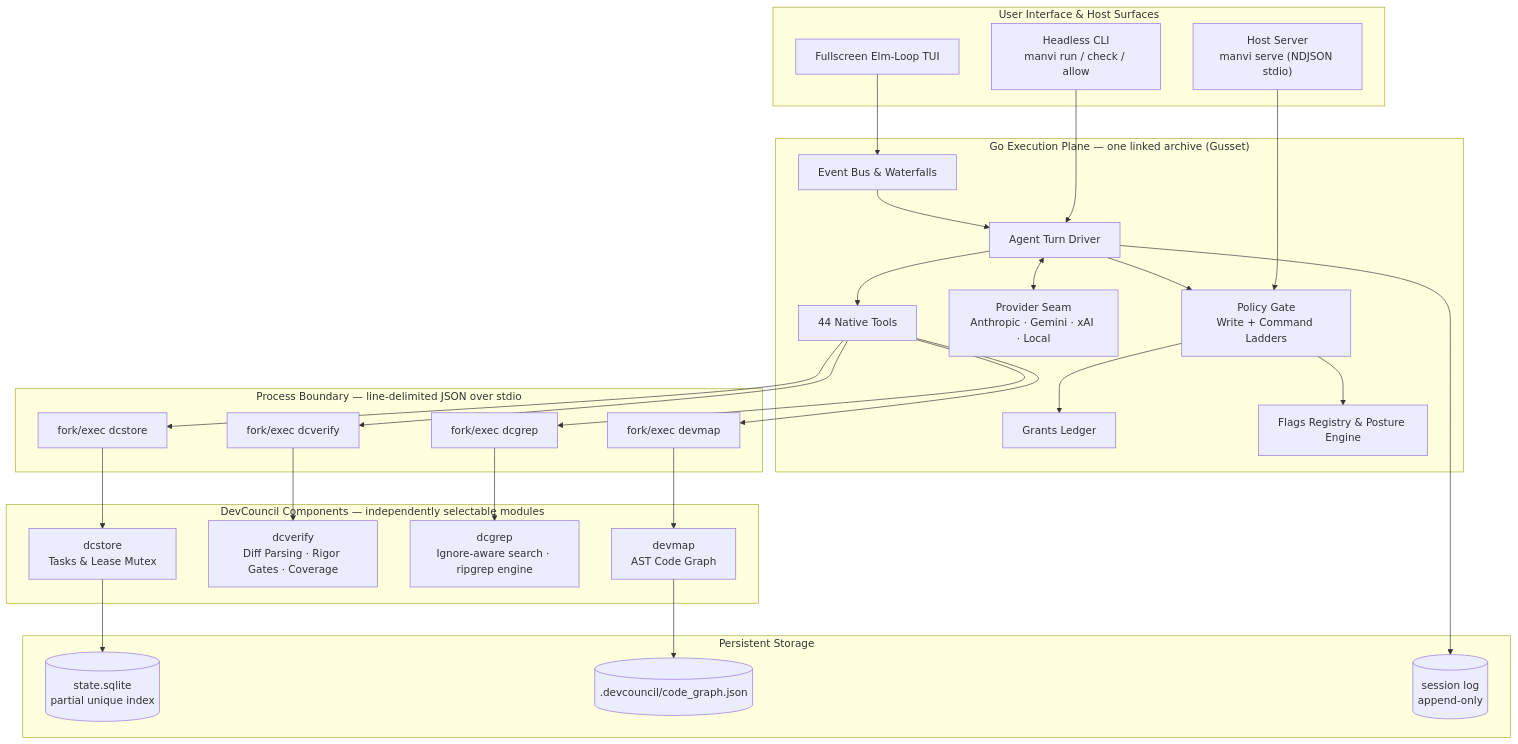
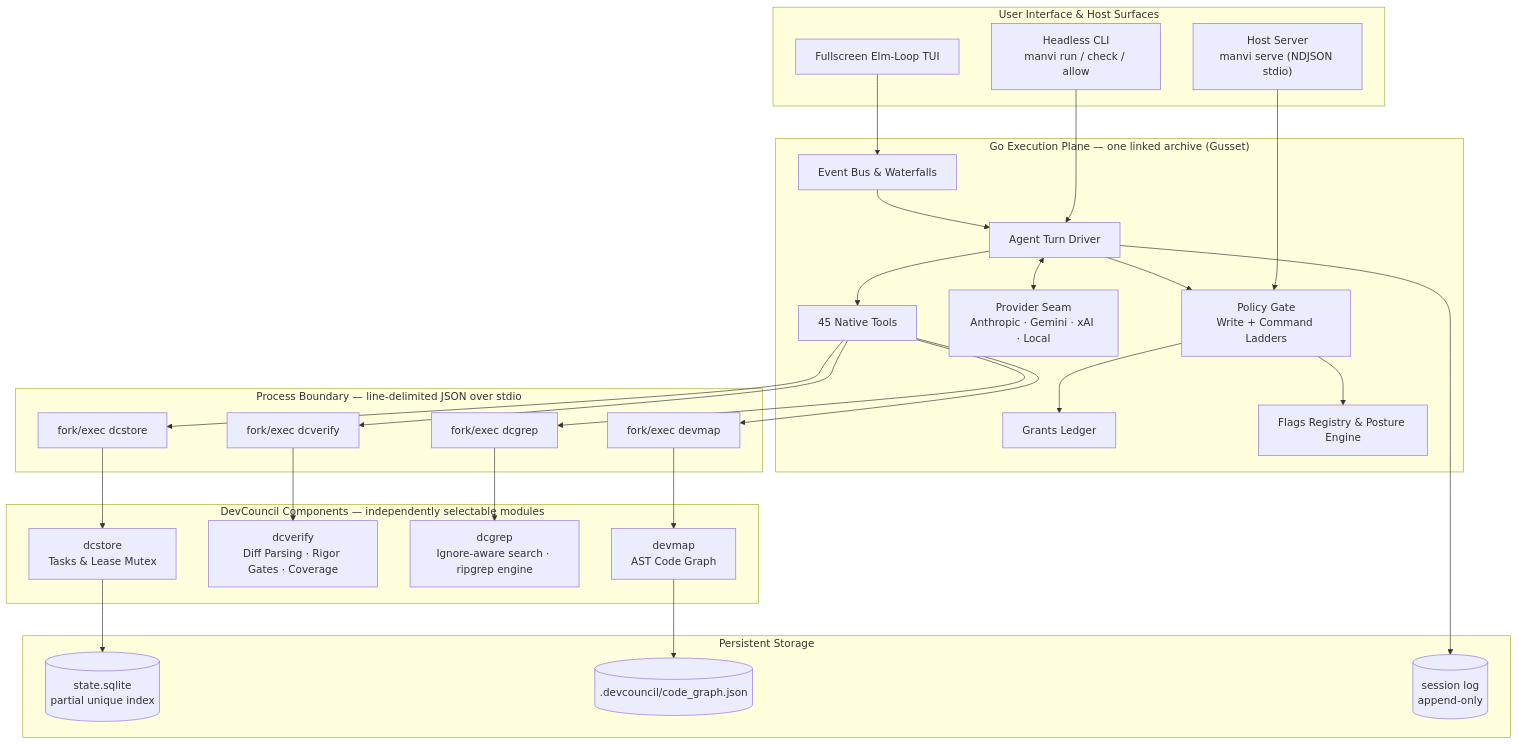
The first of 9 diagrams in README.md (bharathvbcr/Manvi), drawn with Mermaid before and after one commit. The commit also changed other lines of this file and 10 other files, not shown here.

````diff
--- a/README.md
+++ b/README.md
@@ -57,56 +57,56 @@
 ```mermaid
 flowchart TB
     subgraph UI["User Interface & Host Surfaces"]
         TUI["Fullscreen Elm-Loop TUI"]
         CLI["Headless CLI<br/>manvi run / check / allow"]
         Serve["Host Server<br/>manvi serve (NDJSON stdio)"]
     end
 
     subgraph GoPlane["Go Execution Plane — one linked archive (Gusset)"]
         Bus["Event Bus & Waterfalls"]
         AgentLoop["Agent Turn Driver"]
         Gate["Policy Gate<br/>Write + Command Ladders"]
         Grants["Grants Ledger"]
         Registry["Flags Registry & Posture Engine"]
         Providers["Provider Seam<br/>Anthropic · Gemini · xAI · Local"]
-        Tools["44 Native Tools"]
+        Tools["45 Native Tools"]
     end
 
     subgraph Boundary["Process Boundary — line-delimited JSON over stdio"]
         P1["fork/exec dcstore"]
         P2["fork/exec dcverify"]
         P3["fork/exec devmap"]
         P4["fork/exec dcgrep"]
     end
 
     subgraph Components["DevCouncil Components — independently selectable modules"]
         DCStore["dcstore<br/>Tasks & Lease Mutex"]
         DCVerify["dcverify<br/>Diff Parsing · Rigor Gates · Coverage"]
         DCGrep["dcgrep<br/>Ignore-aware search · ripgrep engine"]
         DevMap["devmap<br/>AST Code Graph"]
     end
 
     subgraph Storage["Persistent Storage"]
         SQLite[("state.sqlite<br/>partial unique index")]
         CodeGraph[(".devcouncil/code_graph.json")]
         SessionLog[("session log<br/>append-only")]
     end
 
     TUI --> Bus
     CLI --> AgentLoop
     Serve --> Gate
     Bus --> AgentLoop
     AgentLoop --> Gate
     Gate --> Grants
     Gate --> Registry
     AgentLoop <--> Providers
     AgentLoop --> Tools
     AgentLoop --> SessionLog
     Tools --> P1 & P2 & P3 & P4
     P1 --> DCStore
     P2 --> DCVerify
     P3 --> DevMap
     P4 --> DCGrep
     DCStore --> SQLite
     DevMap --> CodeGraph
 ```
````
